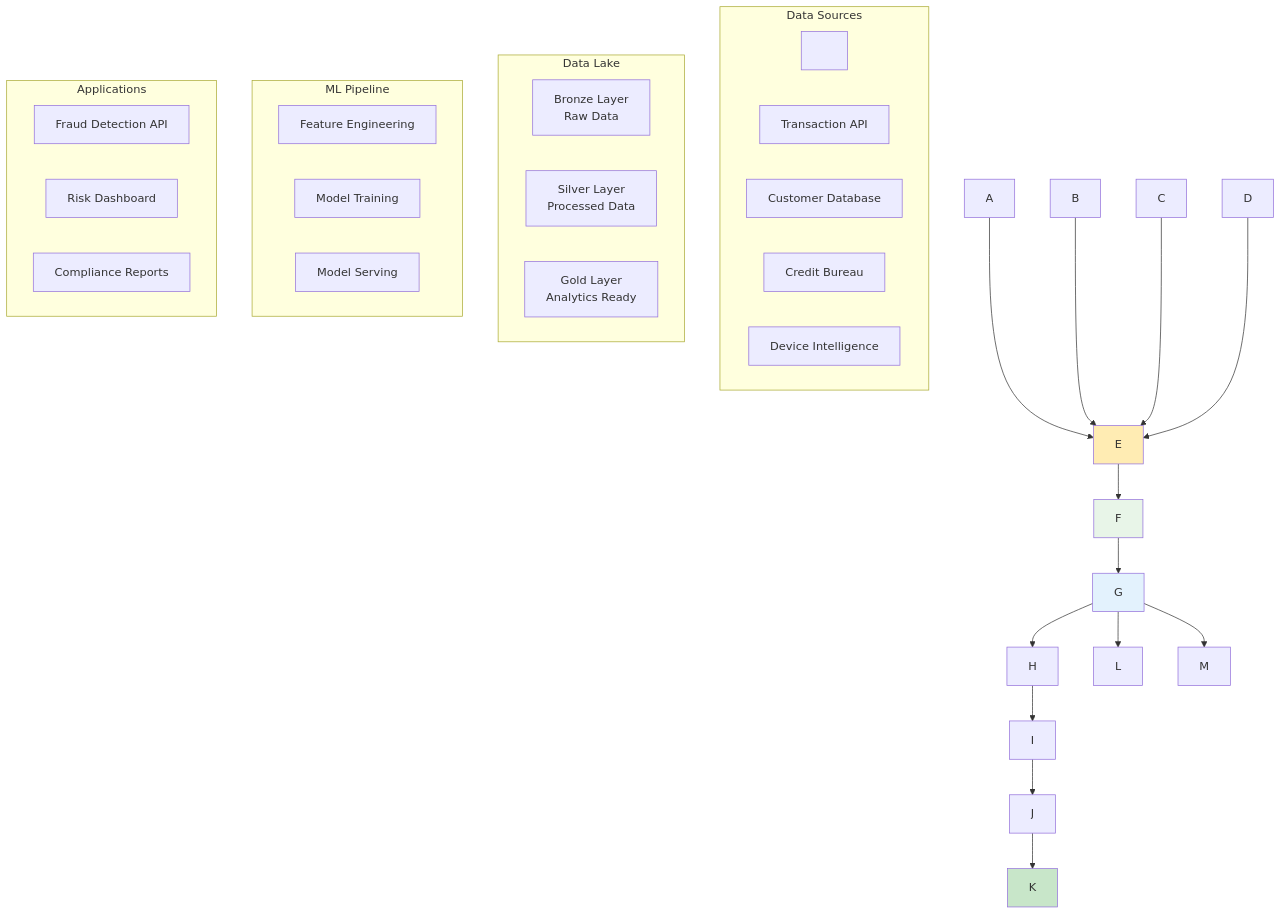
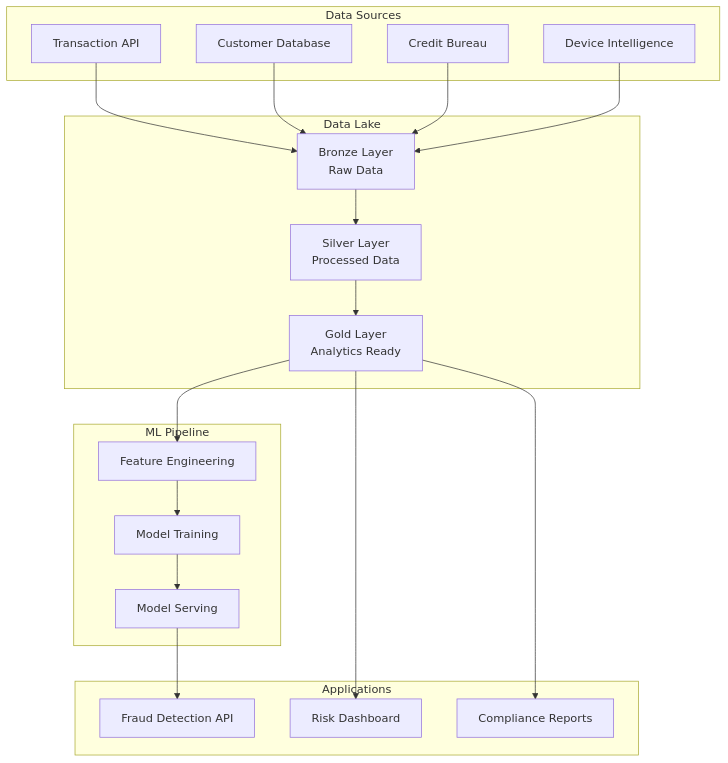
The fourth of 4 diagrams in README.md (anjaliingle111/fraud-detection-platform), drawn with Mermaid before and after one commit. The commit also changed other lines of this file, not shown here.

Commit message:
🔧 Fixed Mermaid diagram rendering and HTML entity issues

````diff
--- a/README.md
+++ b/README.md
@@ -395,95 +189,43 @@
 ```mermaid
-
 graph TD
-
-&nbsp;   subgraph "Data Sources"
-
-&nbsp;       A\[Transaction API]
-
-&nbsp;       B\[Customer Database]
-
-&nbsp;       C\[Credit Bureau]
-
-&nbsp;       D\[Device Intelligence]
-
-&nbsp;   end
-
-&nbsp;   
-
-&nbsp;   subgraph "Data Lake"
-
-&nbsp;       E\[Bronze Layer<br/>Raw Data]
-
-&nbsp;       F\[Silver Layer<br/>Processed Data]
-
-&nbsp;       G\[Gold Layer<br/>Analytics Ready]
-
-&nbsp;   end
-
-&nbsp;   
-
-&nbsp;   subgraph "ML Pipeline"
-
-&nbsp;       H\[Feature Engineering]
-
-&nbsp;       I\[Model Training]
-
-&nbsp;       J\[Model Serving]
-
-&nbsp;   end
-
-&nbsp;   
-
-&nbsp;   subgraph "Applications"
-
-&nbsp;       K\[Fraud Detection API]
-
-&nbsp;       L\[Risk Dashboard]
-
-&nbsp;       M\[Compliance Reports]
-
-&nbsp;   end
-
-&nbsp;   
-
-&nbsp;   A --> E
-
-&nbsp;   B --> E
-
-&nbsp;   C --> E
-
-&nbsp;   D --> E
-
-&nbsp;   
-
-&nbsp;   E --> F
-
-&nbsp;   F --> G
-
-&nbsp;   
-
-&nbsp;   G --> H
-
-&nbsp;   H --> I
-
-&nbsp;   I --> J
-
-&nbsp;   
-
-&nbsp;   J --> K
-
-&nbsp;   G --> L
-
-&nbsp;   G --> M
-
-&nbsp;   
-
-&nbsp;   style E fill:#ffecb3
-
-&nbsp;   style F fill:#e8f5e8
-
-&nbsp;   style G fill:#e3f2fd
-
-&nbsp;   style K fill:#c8e6c9
-
+    subgraph "Data Sources"
+        A[Transaction API]
+        B[Customer Database]
+        C[Credit Bureau]
+        D[Device Intelligence]
+    end
+    
+    subgraph "Data Lake"
+        E[Bronze Layer<br/>Raw Data]
+        F[Silver Layer<br/>Processed Data]
+        G[Gold Layer<br/>Analytics Ready]
+    end
+    
+    subgraph "ML Pipeline"
+        H[Feature Engineering]
+        I[Model Training]
+        J[Model Serving]
+    end
+    
+    subgraph "Applications"
+        K[Fraud Detection API]
+        L[Risk Dashboard]
+        M[Compliance Reports]
+    end
+    
+    A --> E
+    B --> E
+    C --> E
+    D --> E
+    
+    E --> F
+    F --> G
+    
+    G --> H
+    H --> I
+    I --> J
+    
+    J --> K
+    G --> L
+    G --> M
 ```
````
